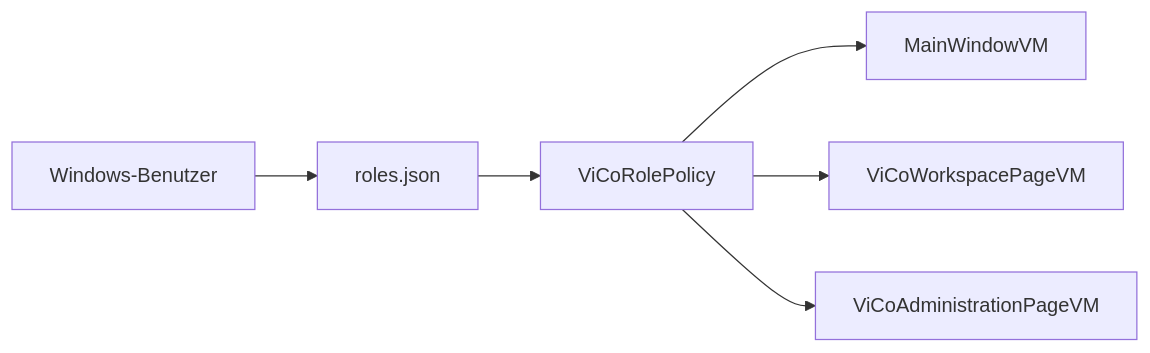
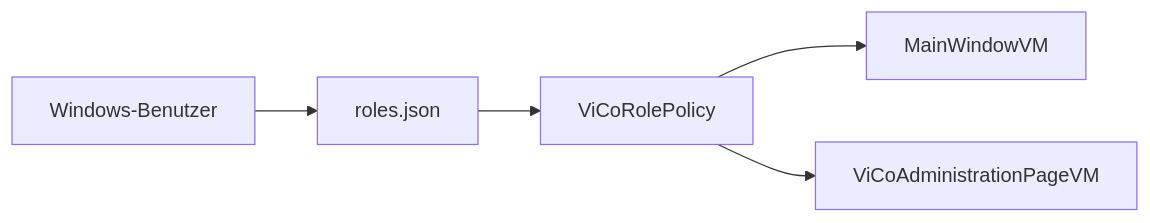
The sixth of 6 diagrams in docs/DATENFLUESSE.md (Marbest4/VIBN_Tools_App), drawn with Mermaid before and after one commit. The commit also changed other lines of this file and 18 other files, not shown here.

````diff
--- a/docs/DATENFLUESSE.md
+++ b/docs/DATENFLUESSE.md
@@ -97,8 +97,7 @@
 ```mermaid
 flowchart LR
     J[Windows-Benutzer] --> R[roles.json]
     R --> P[ViCoRolePolicy]
     P --> M[MainWindowVM]
-    P --> V[ViCoWorkspacePageVM]
     P --> A[ViCoAdministrationPageVM]
 ```
````
